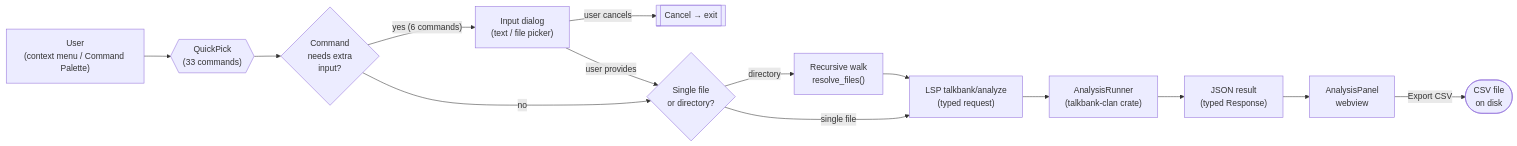
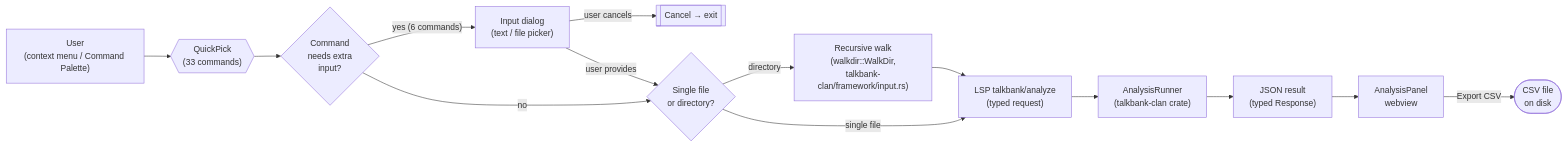
Before and after one commit to TalkBank/talkbank-tools: the diagram in book/src/vscode/analysis/running-commands.md, drawn with Mermaid. The commit also changed other lines of this file and 246 other files, not shown here.

````diff
--- a/book/src/vscode/analysis/running-commands.md
+++ b/book/src/vscode/analysis/running-commands.md
@@ -15,28 +15,28 @@
 ```mermaid
 flowchart LR
     u["User<br/>(context menu / Command Palette)"]
     qp{{"QuickPick<br/>(33 commands)"}}
     needsIn{"Command<br/>needs extra<br/>input?"}
     inbox["Input dialog<br/>(text / file picker)"]
     cancel[["Cancel → exit"]]
     scope{"Single file<br/>or directory?"}
-    walk["Recursive walk<br/>resolve_files()"]
+    walk["Recursive walk<br/>(walkdir::WalkDir,<br/>talkbank-clan/framework/input.rs)"]
     dispatch["LSP talkbank/analyze<br/>(typed request)"]
     runner["AnalysisRunner<br/>(talkbank-clan crate)"]
     result["JSON result<br/>(typed Response)"]
     panel["AnalysisPanel<br/>webview"]
 
     u --> qp
     qp --> needsIn
     needsIn -->|"yes (6 commands)"| inbox
     needsIn -->|"no"| scope
     inbox -->|"user provides"| scope
     inbox -->|"user cancels"| cancel
     scope -->|"single file"| dispatch
     scope -->|"directory"| walk
     walk --> dispatch
     dispatch --> runner
     runner --> result
     result --> panel
     panel -->|"Export CSV"| csv(["CSV file<br/>on disk"])
 ```
````
